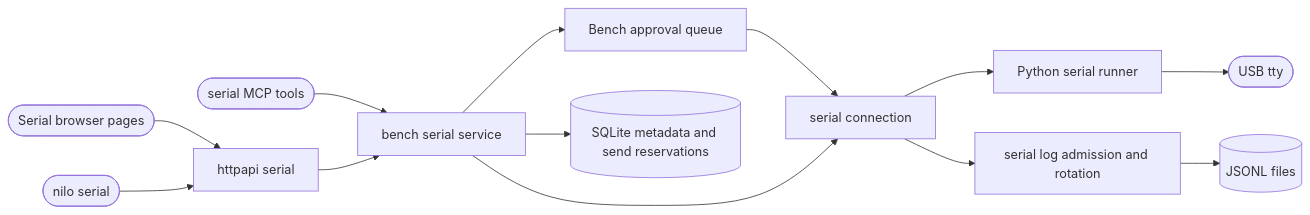
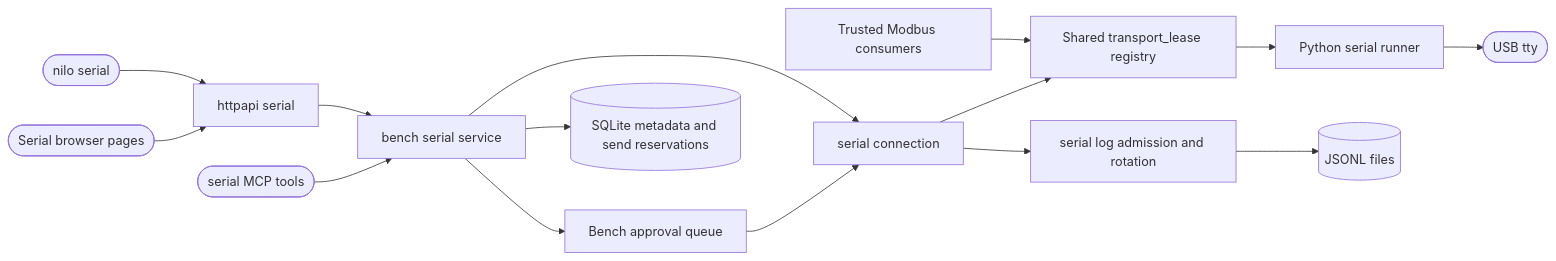
The diagram in .agentic/knowledge/serial-integration.md (DDP-Engineering/2026_Networked_Intelligent_Lab_Orchestrator), drawn with Mermaid before and after one commit. The commit also changed other lines of this file and 35 other files, not shown here.

First line of the commit message:
Implement MB-02 endpoint profiles and shared transport claims

````diff
--- a/.agentic/knowledge/serial-integration.md
+++ b/.agentic/knowledge/serial-integration.md
@@ -96,15 +99,17 @@
 ```mermaid
 flowchart LR
   GUI([Serial browser pages]) --> HTTP[httpapi serial]
   CLI([nilo serial]) --> HTTP
   MCP([serial MCP tools]) --> Core[bench serial service]
   HTTP --> Core
   Core --> Jobs[Bench approval queue]
   Jobs --> Lease[serial connection]
   Core --> Lease
-  Lease --> Runner[Python serial runner]
+  Lease --> Claims[Shared transport_lease registry]
+  Claims --> Runner[Python serial runner]
+  Modbus[Trusted Modbus consumers] --> Claims
   Runner --> USB([USB tty])
   Lease --> Logs[serial log admission and rotation]
   Logs --> Files[(JSONL files)]
   Core --> DB[(SQLite metadata and send reservations)]
 ```
````
